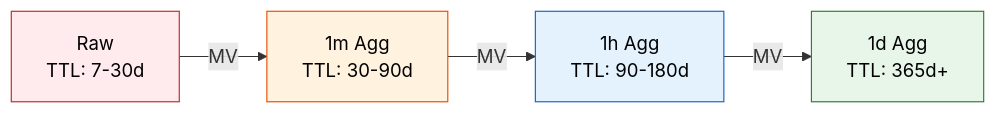
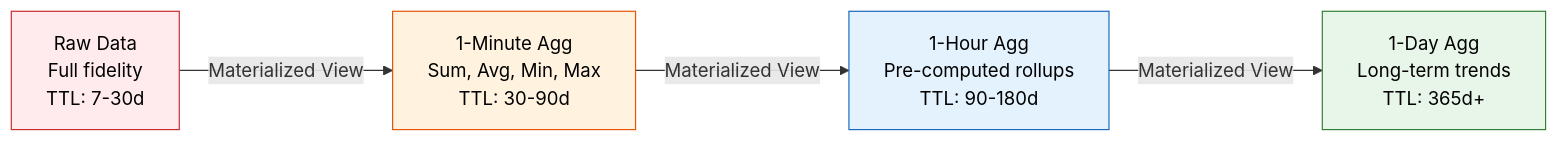
One commit to telemetryflow/.github changed diagram 15 of 18 in profile/README.md. Above: the diagram before and after it, drawn with Mermaid. The commit also changed other lines of this file and 19 other files, not shown here.

````diff
--- a/profile/README.md
+++ b/profile/README.md
@@ -198,14 +1035,16 @@
 ```mermaid
 graph LR
-    RAW["Raw<br/>TTL: 7-30d"]
-    ONE_M["1m Agg<br/>TTL: 30-90d"]
-    ONE_H["1h Agg<br/>TTL: 90-180d"]
-    ONE_D["1d Agg<br/>TTL: 365d+"]
+    RAW["Raw Data<br/>Full fidelity<br/>TTL: 7-30d"]
+    ONE_M["1-Minute Agg<br/>Sum, Avg, Min, Max<br/>TTL: 30-90d"]
+    ONE_H["1-Hour Agg<br/>Pre-computed rollups<br/>TTL: 90-180d"]
+    ONE_D["1-Day Agg<br/>Long-term trends<br/>TTL: 365d+"]
 
-    RAW -->|"MV"| ONE_M -->|"MV"| ONE_H -->|"MV"| ONE_D
+    RAW -->|"Materialized View"| ONE_M
+    ONE_M -->|"Materialized View"| ONE_H
+    ONE_H -->|"Materialized View"| ONE_D
 
     style RAW fill:#ffebee,stroke:#c62828,color:#000
     style ONE_M fill:#fff3e0,stroke:#e65100,color:#000
     style ONE_H fill:#e3f2fd,stroke:#1565c0,color:#000
     style ONE_D fill:#e8f5e9,stroke:#2e7d32,color:#000
 ```
````
